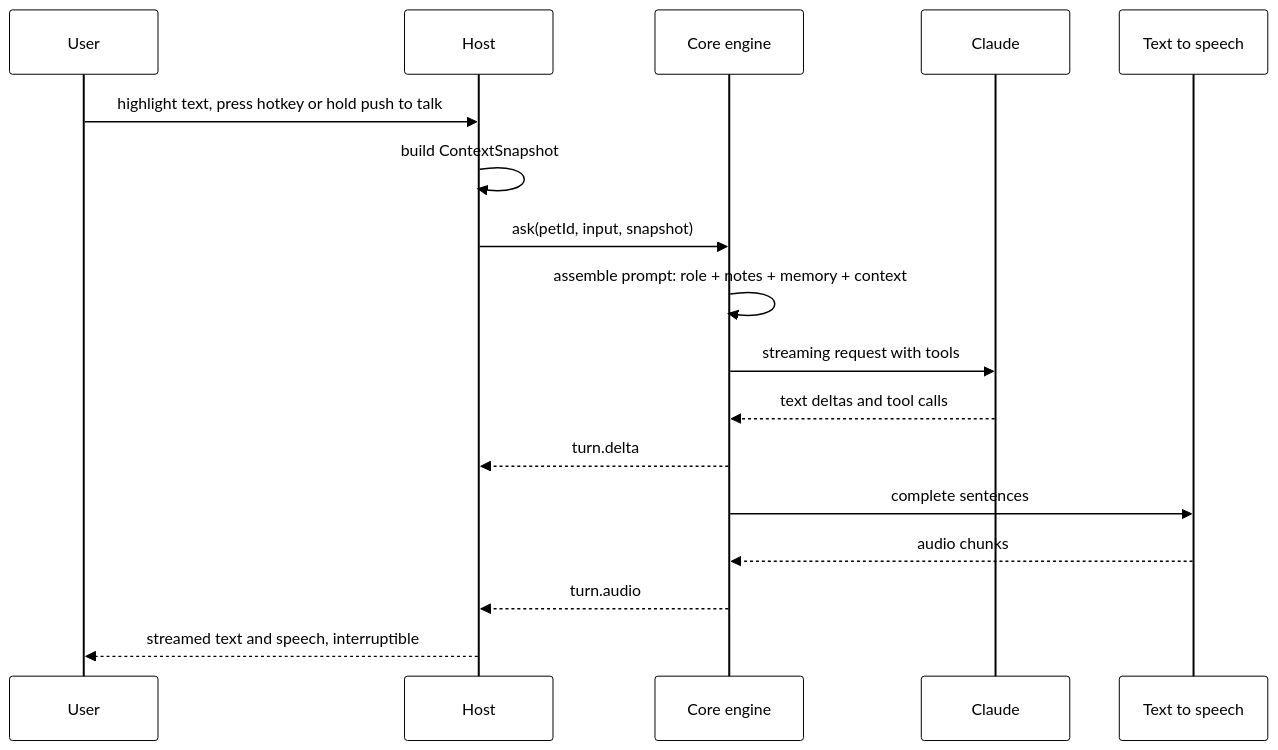
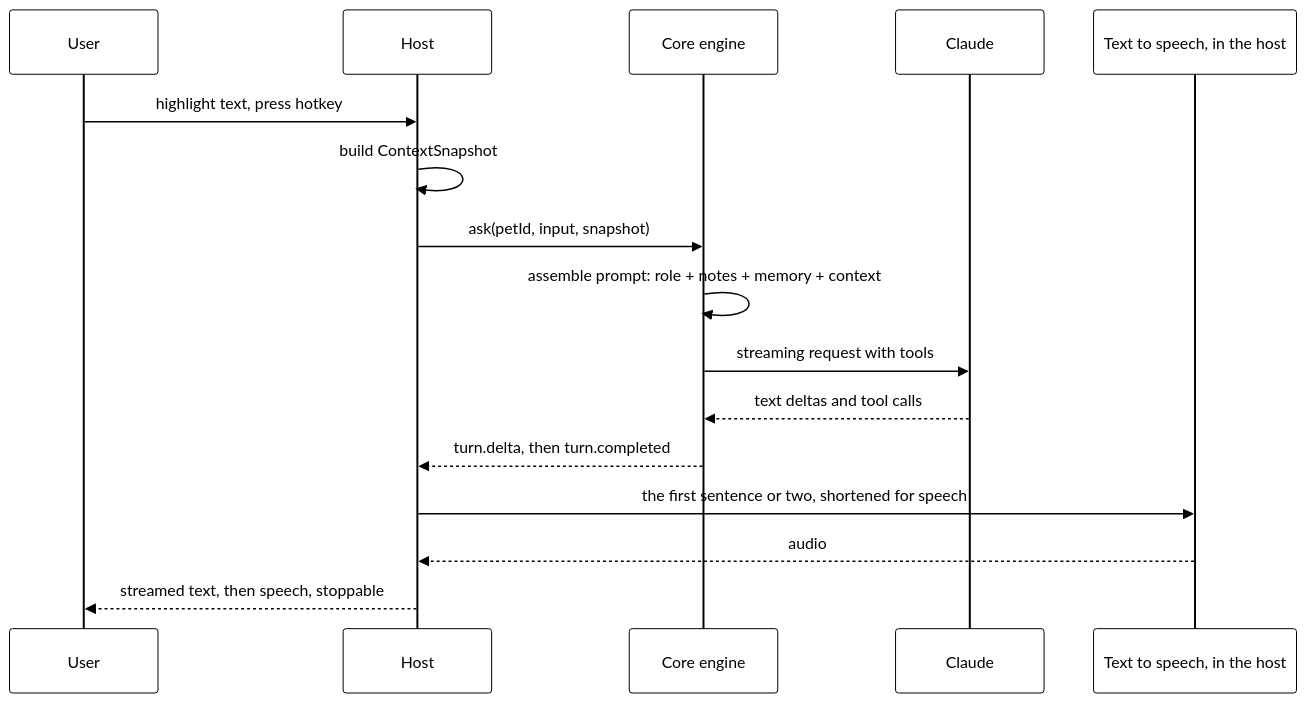
Before and after one commit to nadeem4/tagalong: the third of 10 diagrams in docs/architecture.md, drawn with Mermaid. The commit also changed other lines of this file and 47 other files, not shown here.

````diff
--- a/docs/architecture.md
+++ b/docs/architecture.md
@@ -189,20 +191,19 @@
 ```mermaid
 %%{init: {"theme": "base", "themeVariables": {"primaryColor": "#ffffff", "primaryTextColor": "#000000", "primaryBorderColor": "#000000", "lineColor": "#000000", "actorBkg": "#ffffff", "actorBorder": "#000000", "signalColor": "#000000", "signalTextColor": "#000000", "noteBkgColor": "#ffffff", "noteBorderColor": "#000000"}}}%%
 sequenceDiagram
   participant U as User
   participant H as Host
   participant C as Core engine
   participant A as Claude
-  participant T as Text to speech
-  U->>H: highlight text, press hotkey or hold push to talk
+  participant T as Text to speech, in the host
+  U->>H: highlight text, press hotkey
   H->>H: build ContextSnapshot
   H->>C: ask(petId, input, snapshot)
   C->>C: assemble prompt: role + notes + memory + context
   C->>A: streaming request with tools
   A-->>C: text deltas and tool calls
-  C-->>H: turn.delta
-  C->>T: complete sentences
-  T-->>C: audio chunks
-  C-->>H: turn.audio
-  H-->>U: streamed text and speech, interruptible
+  C-->>H: turn.delta, then turn.completed
+  H->>T: the first sentence or two, shortened for speech
+  T-->>H: audio
+  H-->>U: streamed text, then speech, stoppable
 ```
````
